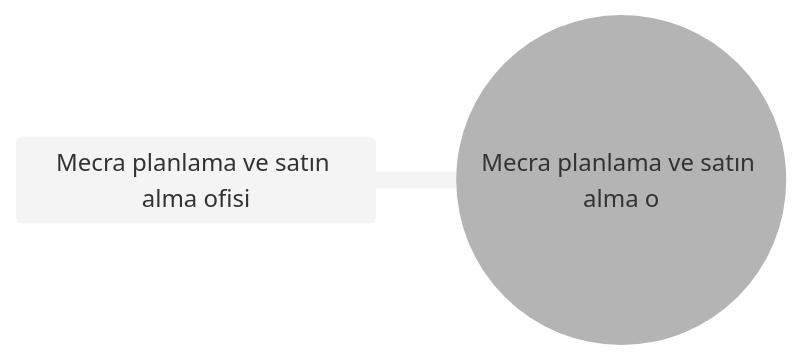
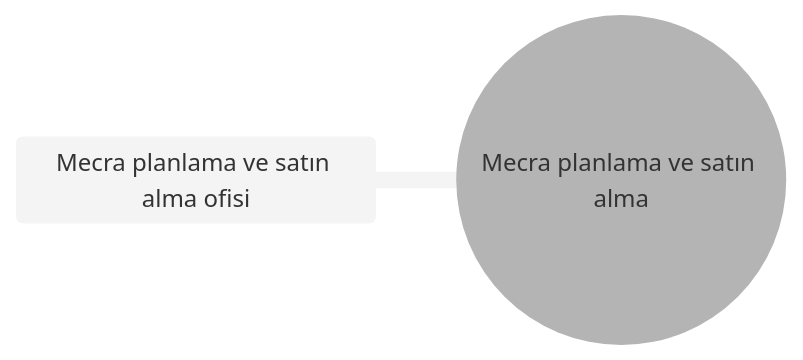
Before and after one commit to sametkarabulut-dev/xfuturepos-v2: the diagram in 02 İşletmeler/15 Teknoloji Medya & Ajans/Mecra planlama ve satın alma ofisi/Dal – Mecra planlama ve satın alma ofisi.md, drawn with Mermaid (neutral theme). The commit also changed other lines of this file and 241 other files, not shown here.

````diff
--- a/02 İşletmeler/15 Teknoloji Medya & Ajans/Mecra planlama ve satın alma ofisi/Dal – Mecra planlama ve satın alma ofisi.md
+++ b/02 İşletmeler/15 Teknoloji Medya & Ajans/Mecra planlama ve satın alma ofisi/Dal – Mecra planlama ve satın alma ofisi.md
@@ -22,5 +22,5 @@
 ```mermaid
 mindmap
-  root((Mecra planlama ve satın alma o))
+  root((Mecra planlama ve satın alma))
     Mecra planlama ve satın alma ofisi
 ```
````
